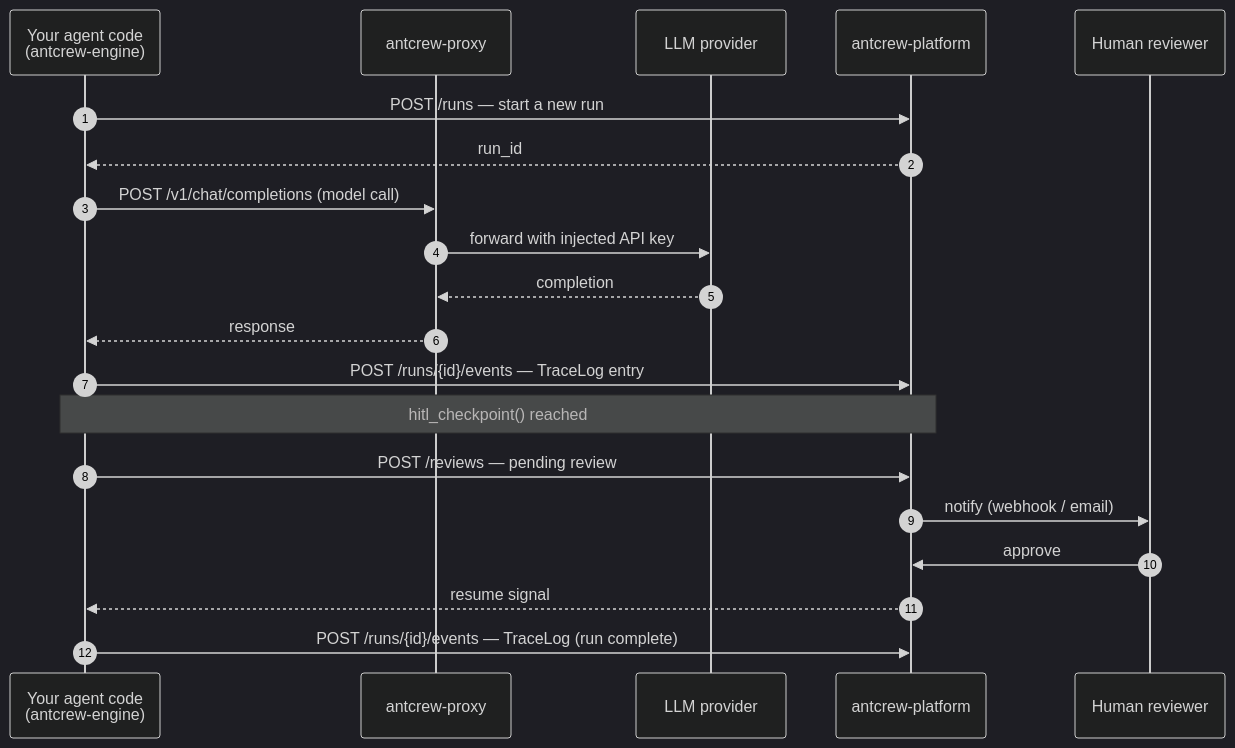
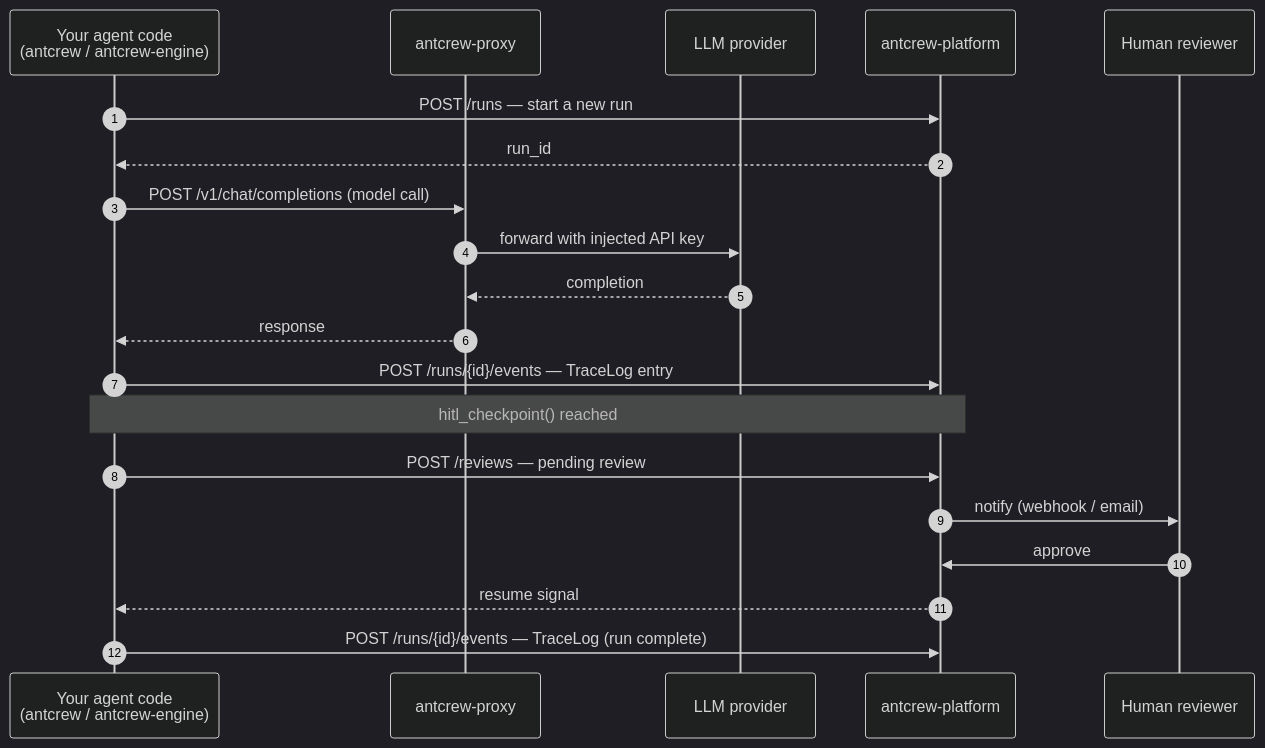
Before and after one commit to iagop03/antcrew-docs: the diagram in docs/architecture/overview.md, drawn with Mermaid (dark theme). The commit also changed other lines of this file and 5 other files, not shown here.

````diff
--- a/docs/architecture/overview.md
+++ b/docs/architecture/overview.md
@@ -60,28 +79,28 @@
 ```mermaid
 sequenceDiagram
     autonumber
-    participant Code as Your agent code<br/>(antcrew-engine)
+    participant Code as Your agent code<br/>(antcrew / antcrew-engine)
     participant Proxy as antcrew-proxy
     participant LLM as LLM provider
     participant Platform as antcrew-platform
     participant Human as Human reviewer
 
     Code->>Platform: POST /runs — start a new run
     Platform-->>Code: run_id
 
     Code->>Proxy: POST /v1/chat/completions (model call)
     Proxy->>LLM: forward with injected API key
     LLM-->>Proxy: completion
     Proxy-->>Code: response
 
     Code->>Platform: POST /runs/{id}/events — TraceLog entry
 
     Note over Code,Platform: hitl_checkpoint() reached
 
     Code->>Platform: POST /reviews — pending review
     Platform->>Human: notify (webhook / email)
     Human->>Platform: approve
     Platform-->>Code: resume signal
 
     Code->>Platform: POST /runs/{id}/events — TraceLog (run complete)
 ```
````
